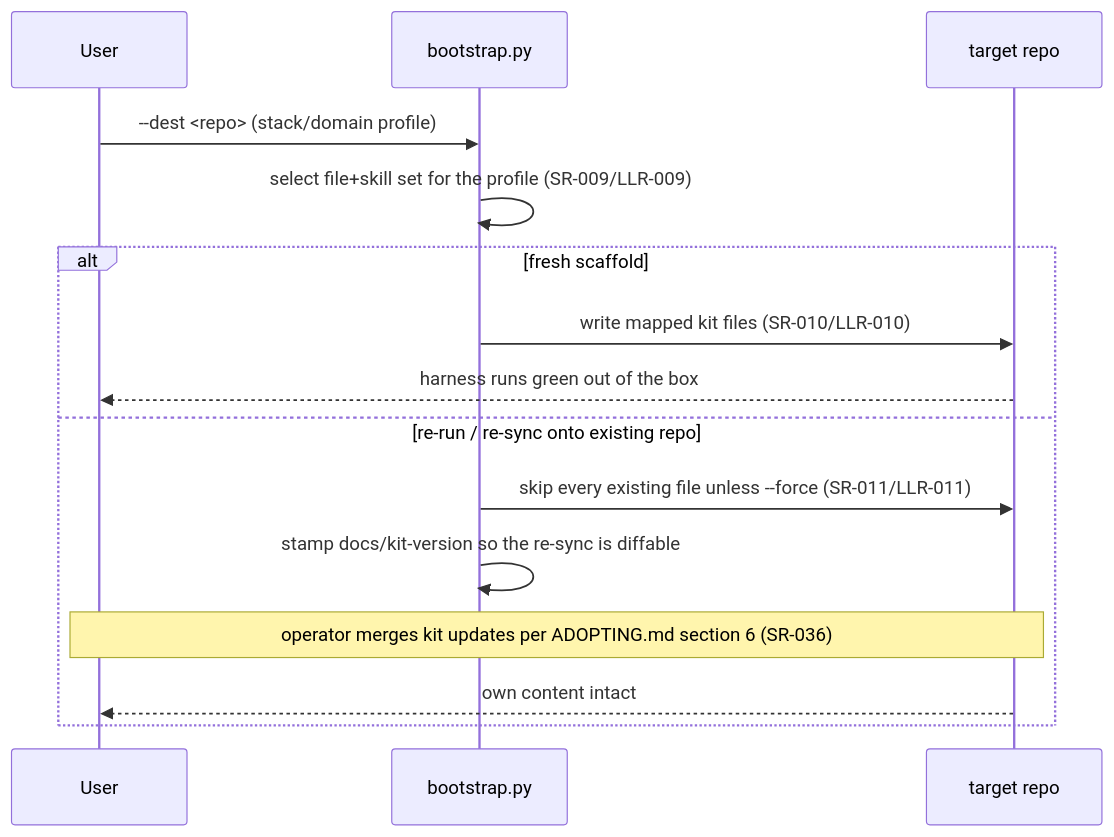
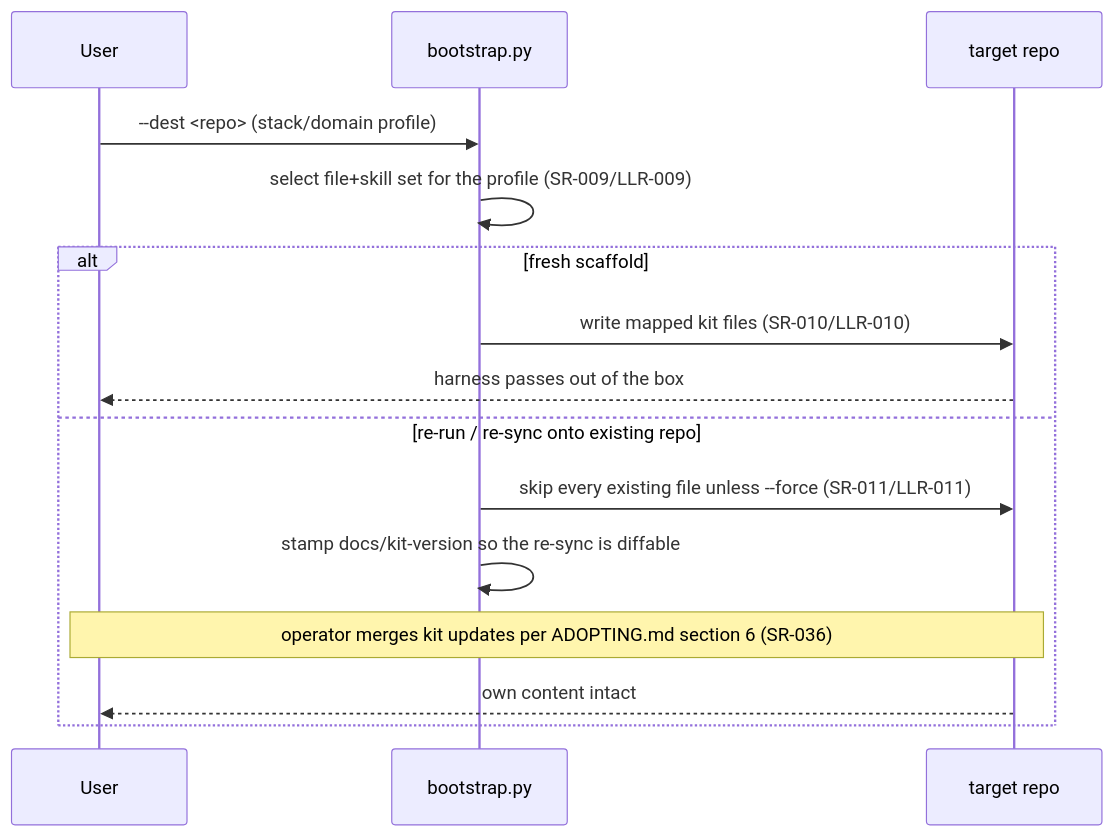
One commit to diytechy/ai-template changed the second of 9 diagrams in docs/runtime-flows.md. Above: the diagram before and after it, drawn with Mermaid. The commit also changed other lines of this file and 238 other files, not shown here.

````diff
--- a/docs/runtime-flows.md
+++ b/docs/runtime-flows.md
@@ -107,17 +107,17 @@
 ```mermaid
 sequenceDiagram
     participant User
     participant Boot as bootstrap.py
     participant Dest as target repo
     User->>Boot: --dest <repo> (stack/domain profile)
     Boot->>Boot: select file+skill set for the profile (SR-009/LLR-009)
     alt fresh scaffold
         Boot->>Dest: write mapped kit files (SR-010/LLR-010)
-        Dest-->>User: harness runs green out of the box
+        Dest-->>User: harness passes out of the box
     else re-run / re-sync onto existing repo
         Boot->>Dest: skip every existing file unless --force (SR-011/LLR-011)
         Boot->>Boot: stamp docs/kit-version so the re-sync is diffable
         Note over User,Dest: operator merges kit updates per ADOPTING.md section 6 (SR-036)
         Dest-->>User: own content intact
     end
 ```
````
